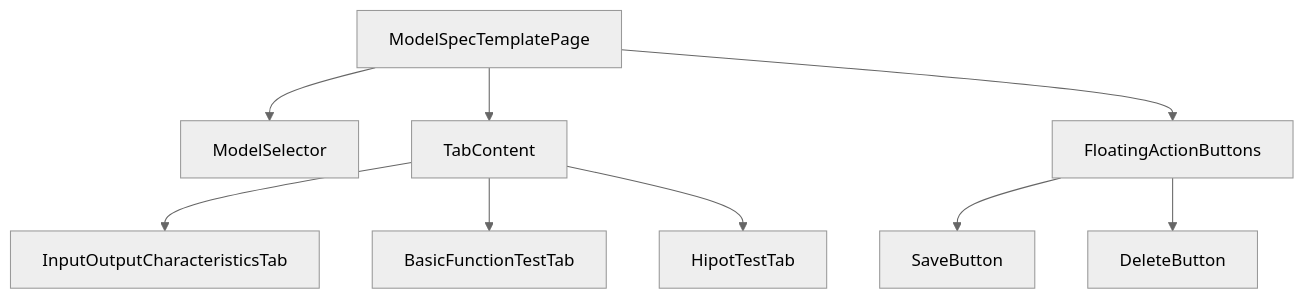
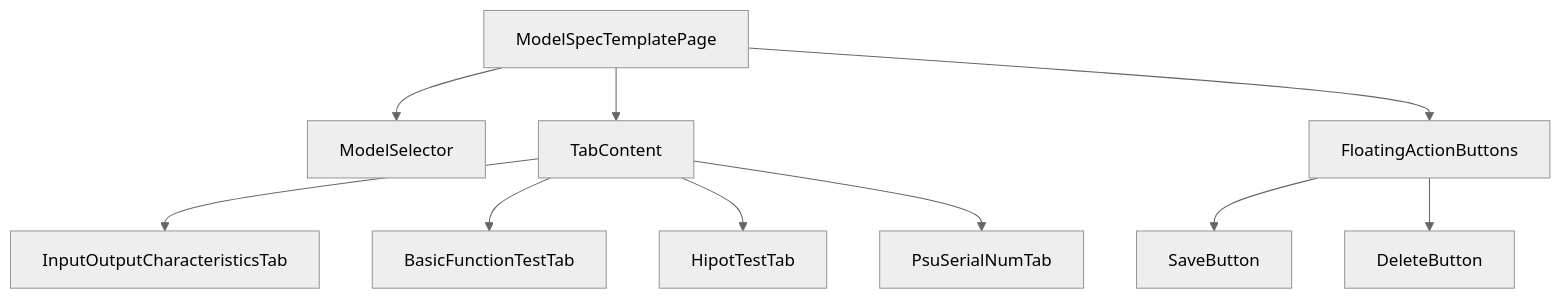
The diagram in docs/ModelSpecTemplatePage.md (e2755699/zerova_oqc_report), drawn with Mermaid (neutral theme) before and after one commit. The commit also changed other lines of this file and 5 other files, not shown here.

````diff
--- a/docs/ModelSpecTemplatePage.md
+++ b/docs/ModelSpecTemplatePage.md
@@ -71,13 +72,14 @@
 ```mermaid
 graph TB
     A[ModelSpecTemplatePage] --> B[ModelSelector]
     A --> C[TabContent]
     A --> D[FloatingActionButtons]
     
     C --> E[InputOutputCharacteristicsTab]
     C --> F[BasicFunctionTestTab]
     C --> G[HipotTestTab]
+    C --> H[PsuSerialNumTab]
     
-    D --> H[SaveButton]
-    D --> I[DeleteButton]
+    D --> I[SaveButton]
+    D --> J[DeleteButton]
 ```
````
